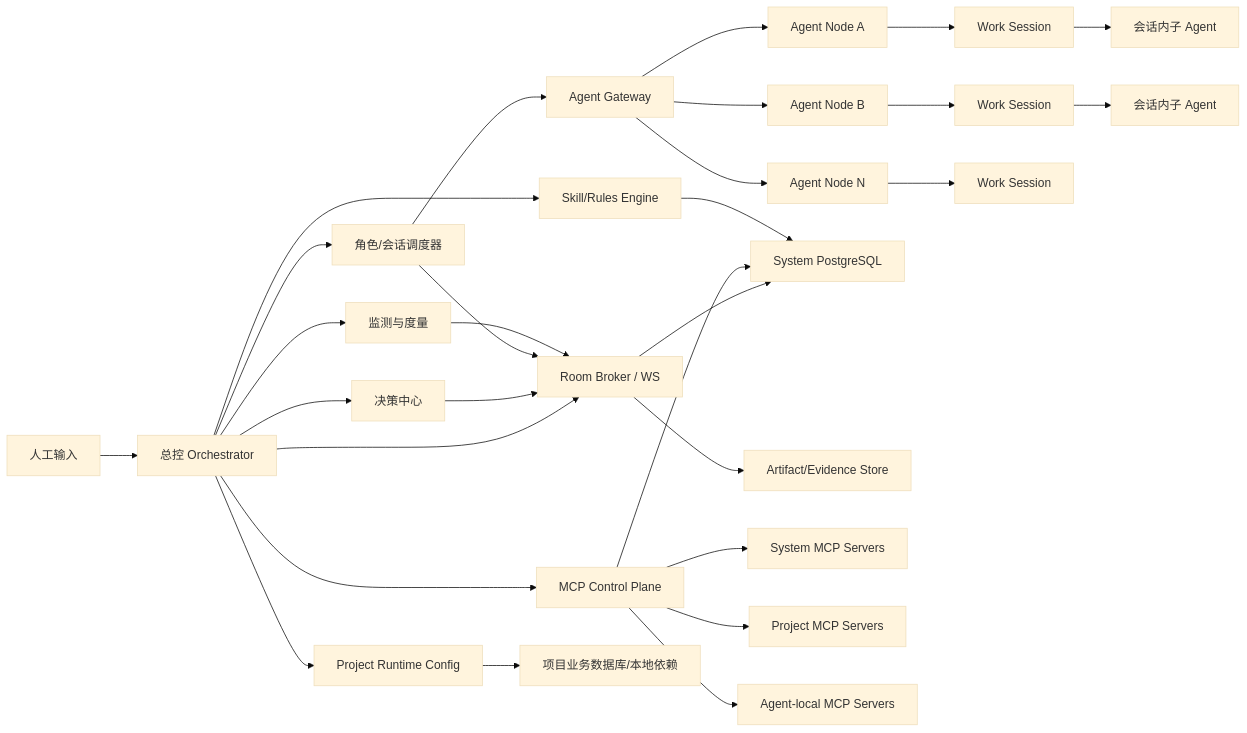
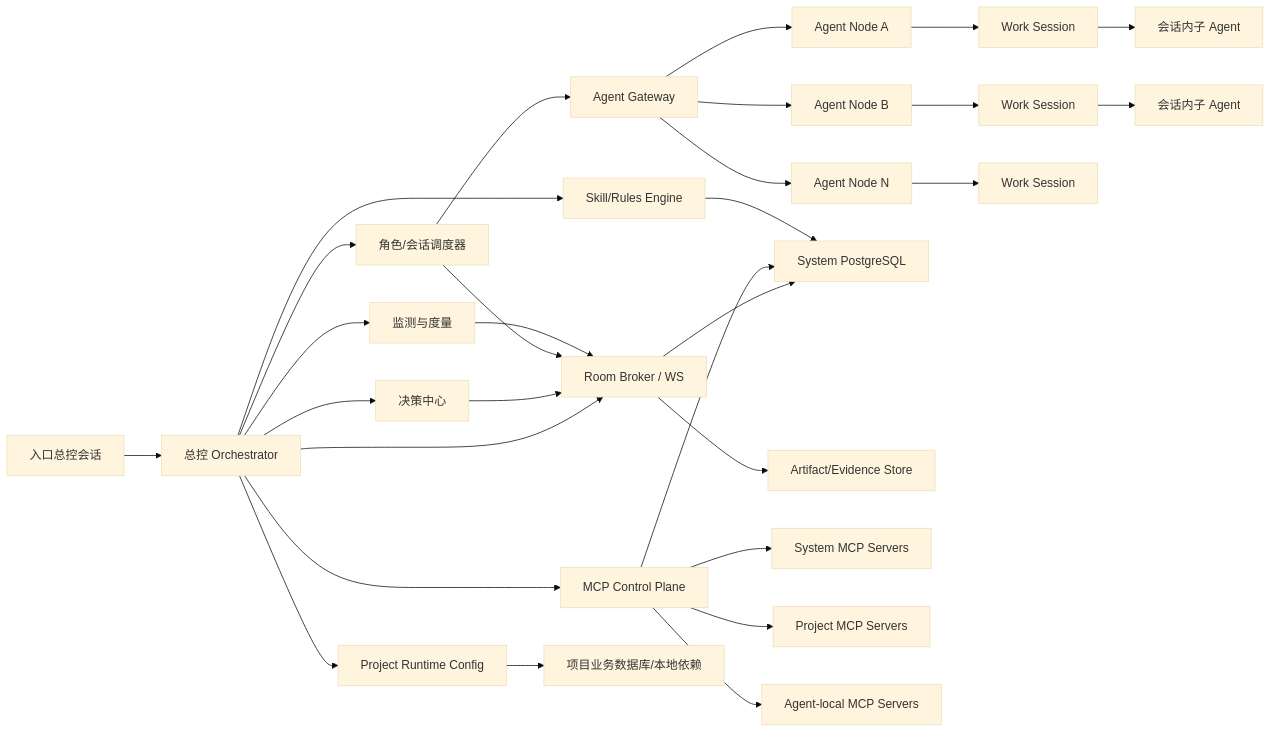
The first of 2 diagrams in docs/multi-agent-project-orchestration-system-design.md (DlenoDing/ai-multi-agent-ctrl), drawn with Mermaid (base theme) before and after one commit. The commit also changed other lines of this file and 12 other files, not shown here.

````diff
--- a/docs/multi-agent-project-orchestration-system-design.md
+++ b/docs/multi-agent-project-orchestration-system-design.md
@@ -51,31 +54,31 @@
 ```mermaid
 flowchart LR
-    Human["人工输入"] --> OC["总控 Orchestrator"]
+    Entry["入口总控会话"] --> OC["总控 Orchestrator"]
     OC --> DC["决策中心"]
     OC --> RM["角色/会话调度器"]
     OC --> MON["监测与度量"]
     RM --> AG["Agent Gateway"]
     AG --> A1["Agent Node A"]
     AG --> A2["Agent Node B"]
     AG --> A3["Agent Node N"]
     A1 --> S1["Work Session"]
     A2 --> S2["Work Session"]
     A3 --> S3["Work Session"]
     S1 --> SUB1["会话内子 Agent"]
     S2 --> SUB2["会话内子 Agent"]
     OC --> RB["Room Broker / WS"]
     OC --> MCP["MCP Control Plane"]
     DC --> RB
     RM --> RB
     MON --> RB
     RB --> DB["System PostgreSQL"]
     RB --> AR["Artifact/Evidence Store"]
     MCP --> DB
     MCP --> M1["System MCP Servers"]
     MCP --> M2["Project MCP Servers"]
     MCP --> M3["Agent-local MCP Servers"]
     OC --> RULE["Skill/Rules Engine"]
     RULE --> DB
     OC --> PRJ["Project Runtime Config"]
     PRJ --> PDB["项目业务数据库/本地依赖"]
 ```
````
